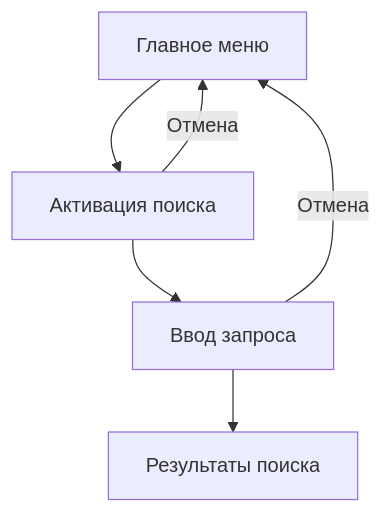
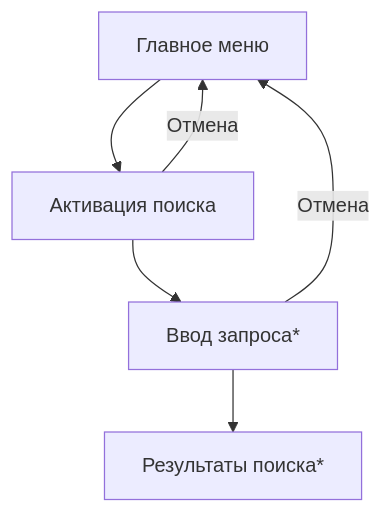
One commit to NicoNightL/TAQBot changed the fourth of 4 diagrams in README.md. Above: the diagram before and after it, drawn with Mermaid. The commit also changed other lines of this file, not shown here.

````diff
--- a/README.md
+++ b/README.md
@@ -66,8 +68,8 @@
 ```mermaid
 graph TD
     A[Главное меню] --> B[Активация поиска]
-    B --> C[Ввод запроса]
-    C --> D[Результаты поиска]
+    B --> C[Ввод запроса*]
+    C --> D[Результаты поиска*]
     B -->|Отмена| A
     C -->|Отмена| A
 ```
````
